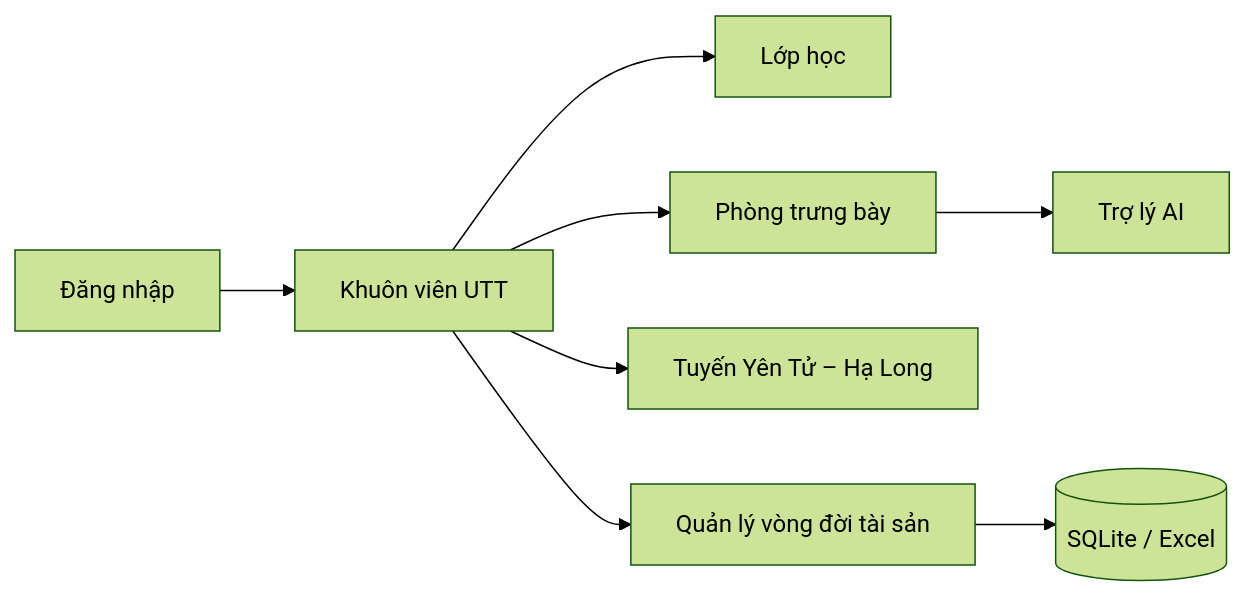
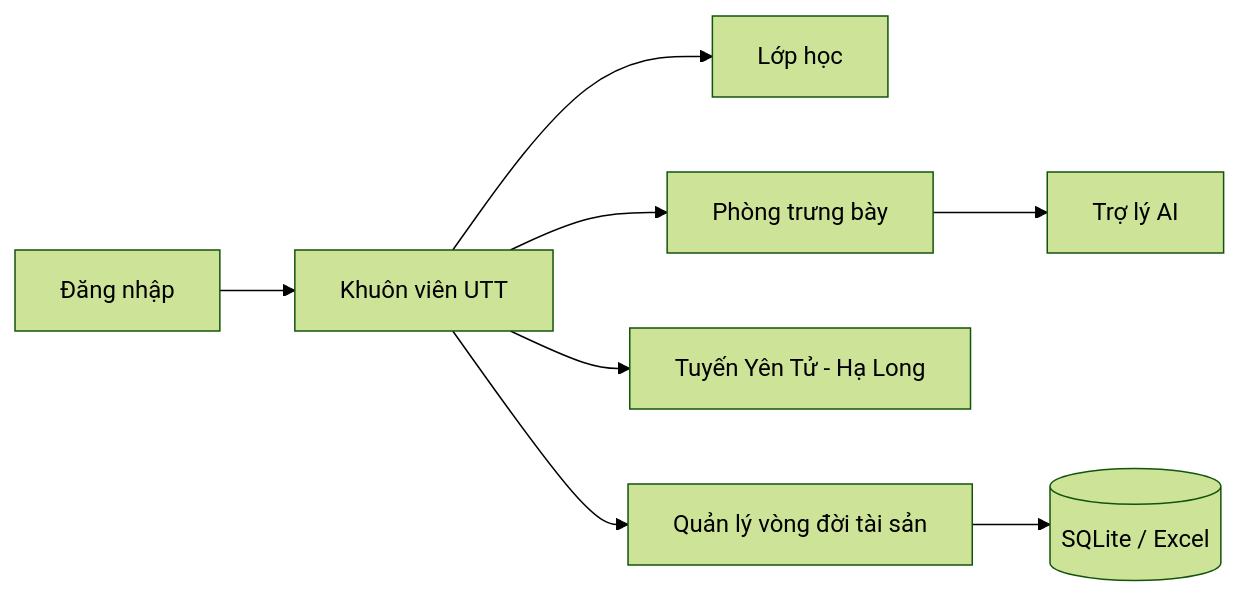
The diagram in README.md (hptip/RailEduVerse-Digital-Railway-Education-Simulation-Platform), drawn with Mermaid (forest theme) before and after one commit. The commit also changed other lines of this file, not shown here.

````diff
--- a/README.md
+++ b/README.md
@@ -104,10 +103,10 @@
 ```mermaid
 flowchart LR
-    A[Đăng nhập] --> B[Khuôn viên UTT]
-    B --> C[Lớp học]
-    B --> D[Phòng trưng bày]
-    B --> E[Tuyến Yên Tử – Hạ Long]
-    B --> F[Quản lý vòng đời tài sản]
-    D --> G[Trợ lý AI]
-    F --> H[(SQLite / Excel)]
+    A["Đăng nhập"] --> B["Khuôn viên UTT"]
+    B --> C["Lớp học"]
+    B --> D["Phòng trưng bày"]
+    B --> E["Tuyến Yên Tử - Hạ Long"]
+    B --> F["Quản lý vòng đời tài sản"]
+    D --> G["Trợ lý AI"]
+    F --> H[("SQLite / Excel")]
 ```
````
